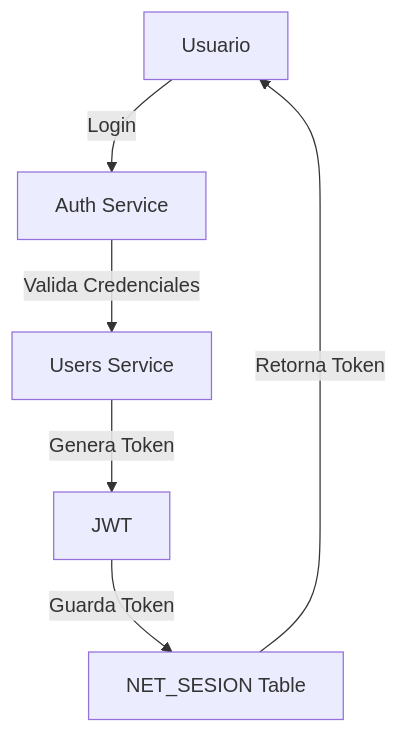
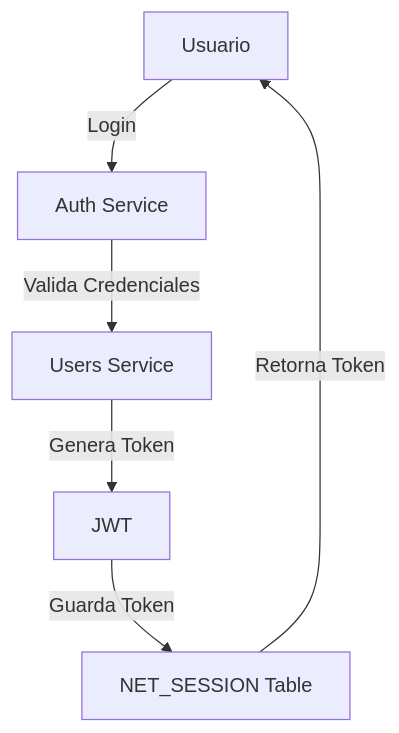
One commit to iamyare/INPRENET-main changed the first of 6 diagrams in plan-implementacion-sso.md. Above: the diagram before and after it, drawn with Mermaid. The commit also changed other lines of this file, not shown here.

Commit message:
Actualizar la implementación de SSO para usar la tabla NET_SESSION y agregar soporte para refresh tokens

````diff
--- a/plan-implementacion-sso.md
+++ b/plan-implementacion-sso.md
@@ -5,8 +5,8 @@
 ```mermaid
 graph TD
     A[Usuario] -->|Login| B[Auth Service]
     B -->|Valida Credenciales| C[Users Service]
     C -->|Genera Token| D[JWT]
-    D -->|Guarda Token| E[NET_SESION Table]
+    D -->|Guarda Token| E[NET_SESSION Table]
     E -->|Retorna Token| A
 ```
````
